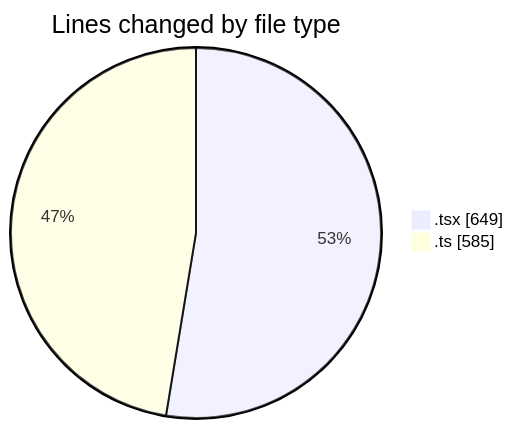
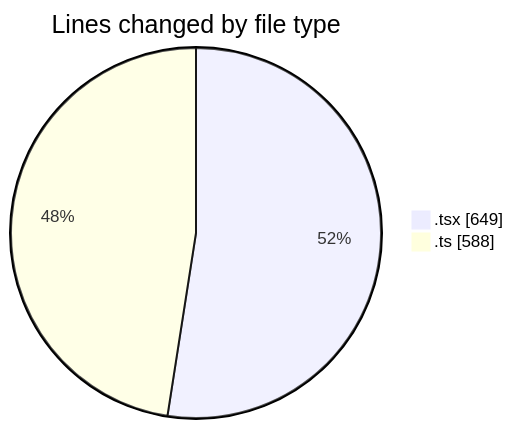
Before and after one commit to nxtqubesakshisongat/code-tracking: the first of 2 diagrams in 2026-04-17/airfeed-analytics-dashboard/README.md, drawn with Mermaid. The commit also changed other lines of this file and 1 other file, not shown here.

````diff
--- a/2026-04-17/airfeed-analytics-dashboard/README.md
+++ b/2026-04-17/airfeed-analytics-dashboard/README.md
@@ -25,6 +25,6 @@
 ```mermaid
 pie showData
 title Lines changed by file type
 ".tsx" : 649
-".ts" : 585
+".ts" : 588
 ```
````
